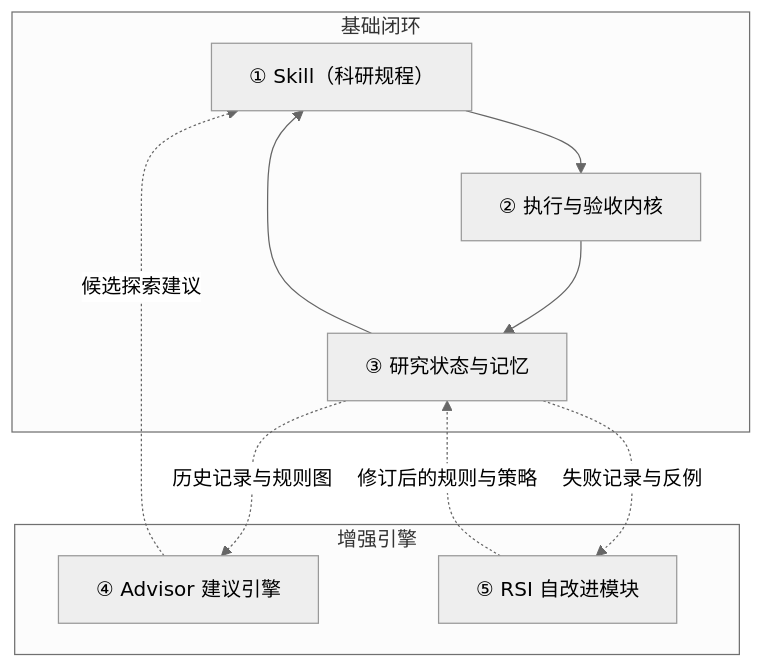
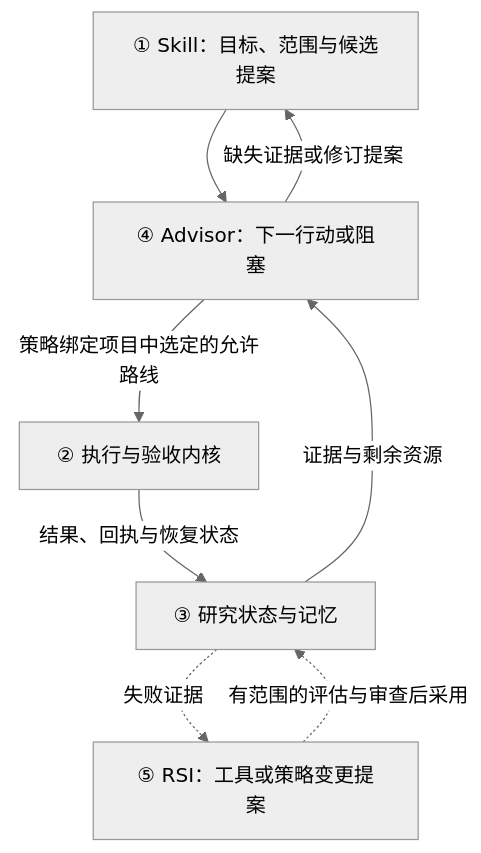
One commit to kongtou20070406/RDS changed the diagram in README.zh-CN.md. Above: the diagram before and after it, drawn with Mermaid (neutral theme). The commit also changed other lines of this file and 7 other files, not shown here.

````diff
--- a/README.zh-CN.md
+++ b/README.zh-CN.md
@@ -49,14 +49,10 @@
 ```mermaid
 flowchart TD
-    subgraph Foundational_loop[基础闭环]
-        S["① Skill（科研规程）"] --> K["② 执行与验收内核"]
-        K --> M["③ 研究状态与记忆"]
-        M --> S
-    end
-    subgraph Enhancement_engines[增强引擎]
-        M -. 历史记录与规则图 .-> A["④ Advisor 建议引擎"]
-        A -. 候选探索建议 .-> S
-        M -. 失败记录与反例 .-> R["⑤ RSI 自改进模块"]
-        R -. 修订后的规则与策略 .-> M
-    end
+    S["① Skill：目标、范围与候选提案"] --> A["④ Advisor：下一行动或阻塞"]
+    M["③ 研究状态与记忆"] -->|证据与剩余资源| A
+    A -->|策略绑定项目中选定的允许路线| K["② 执行与验收内核"]
+    K -->|结果、回执与恢复状态| M
+    A -->|缺失证据或修订提案| S
+    M -. 失败证据 .-> R["⑤ RSI：工具或策略变更提案"]
+    R -. 有范围的评估与审查后采用 .-> M
 ```
````
